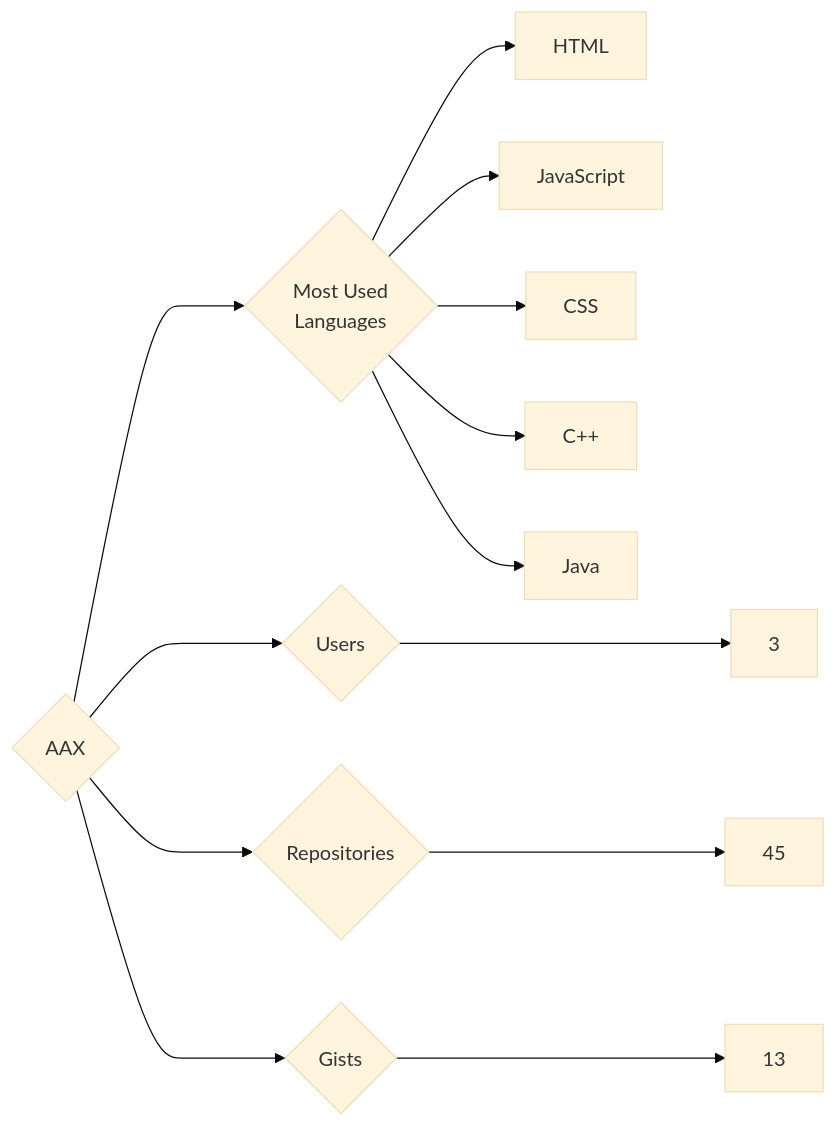
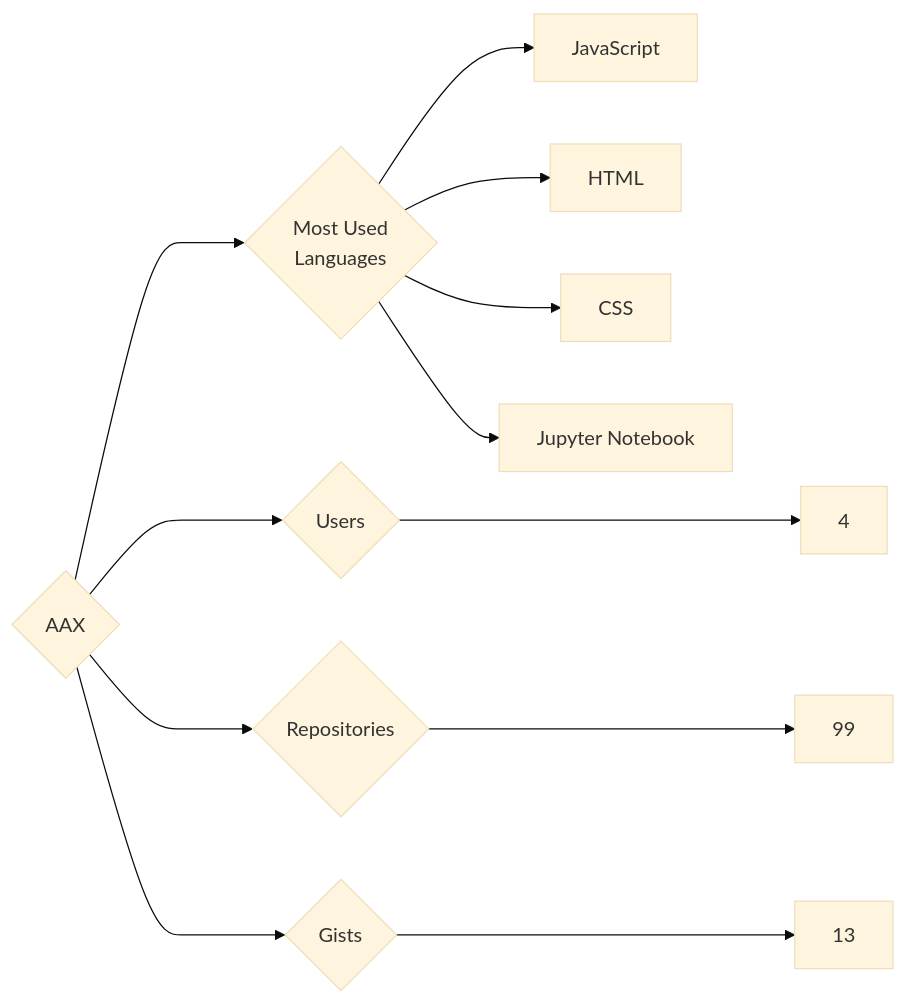
One commit to trickest/insiders changed the diagram in targets/AAX/README.md. Above: the diagram before and after it, drawn with Mermaid (base theme). The commit also changed 1007 other files, not shown here.

````diff
--- a/targets/AAX/README.md
+++ b/targets/AAX/README.md
@@ -3,13 +3,12 @@
 ```mermaid
 graph LR
 COMPANY_NAME{AAX}
-COMPANY_NAME ---> U{Users} ---> UN[3]
-COMPANY_NAME ---> R{Repositories} ---> RN[45]
+COMPANY_NAME ---> U{Users} ---> UN[4]
+COMPANY_NAME ---> R{Repositories} ---> RN[99]
 COMPANY_NAME ---> G{Gists} ---> GN[13]
 COMPANY_NAME ---> ML{Most Used<br>Languages}
+ML --> JavaScript[JavaScript]
 ML --> HTML[HTML]
-ML --> JavaScript[JavaScript]
 ML --> CSS[CSS]
-ML --> C++[C++]
-ML --> Java[Java]
+ML --> Jupyter_Notebook[Jupyter Notebook]
 ```
````
